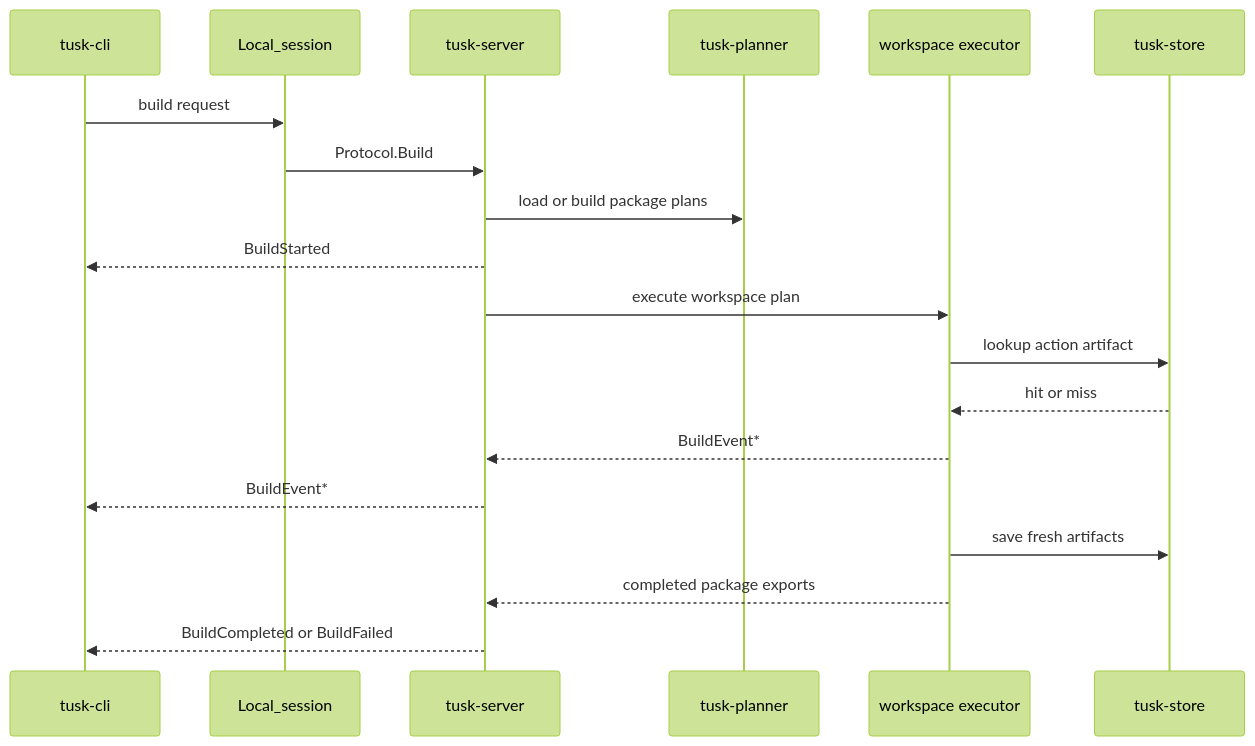
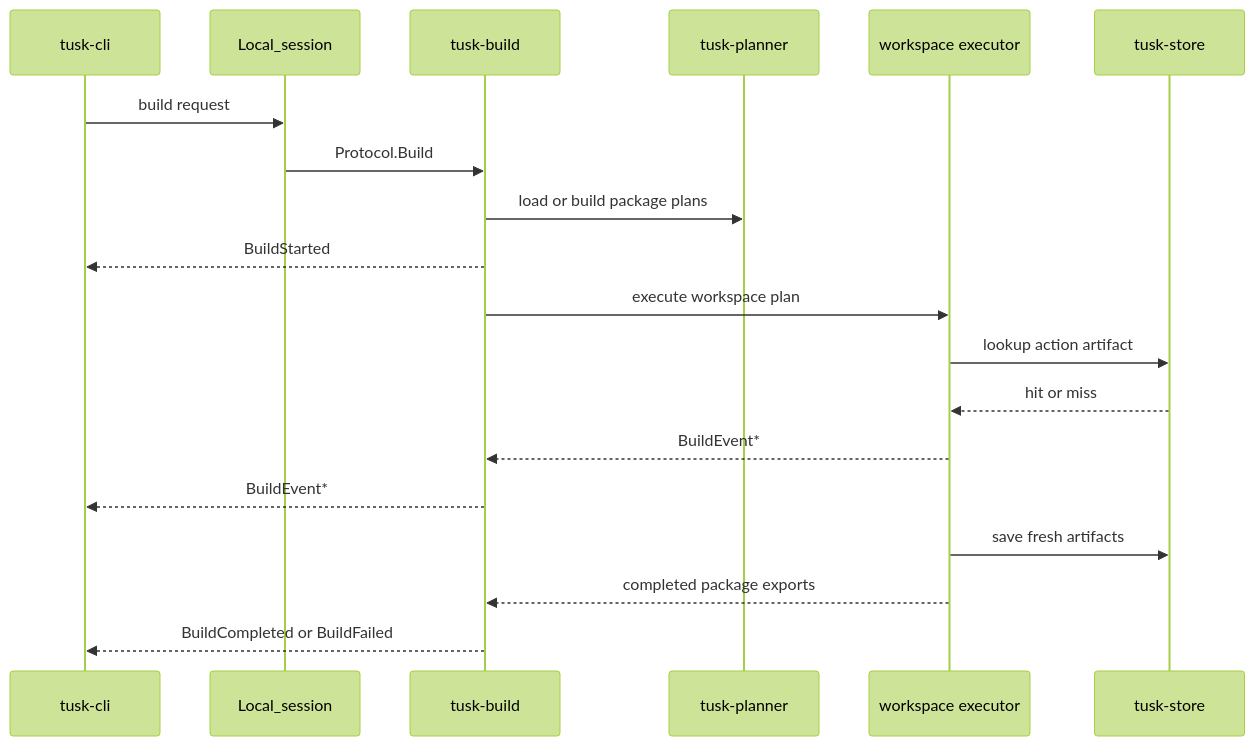
Before and after one commit to leostera/riot-lang: the eighth of 9 diagrams in docs/rfds/RFD0012-tusk-action-cache-and-execution-simplification.md, drawn with Mermaid (forest theme). The commit also changed other lines of this file and 5 other files, not shown here.

Commit message:
docs(rfds): update code reference to tusk-server -> tusk-build

````diff
--- a/docs/rfds/RFD0012-tusk-action-cache-and-execution-simplification.md
+++ b/docs/rfds/RFD0012-tusk-action-cache-and-execution-simplification.md
@@ -650,22 +650,22 @@
 ```mermaid
 sequenceDiagram
   participant CLI as tusk-cli
   participant Session as Local_session
-  participant Runtime as tusk-server
+  participant Runtime as tusk-build
   participant Planner as tusk-planner
   participant Exec as workspace executor
   participant Store as tusk-store
 
   CLI->>Session: build request
   Session->>Runtime: Protocol.Build
   Runtime->>Planner: load or build package plans
   Runtime-->>CLI: BuildStarted
   Runtime->>Exec: execute workspace plan
   Exec->>Store: lookup action artifact
   Store-->>Exec: hit or miss
   Exec-->>Runtime: BuildEvent*
   Runtime-->>CLI: BuildEvent*
   Exec->>Store: save fresh artifacts
   Exec-->>Runtime: completed package exports
   Runtime-->>CLI: BuildCompleted or BuildFailed
 ```
````
